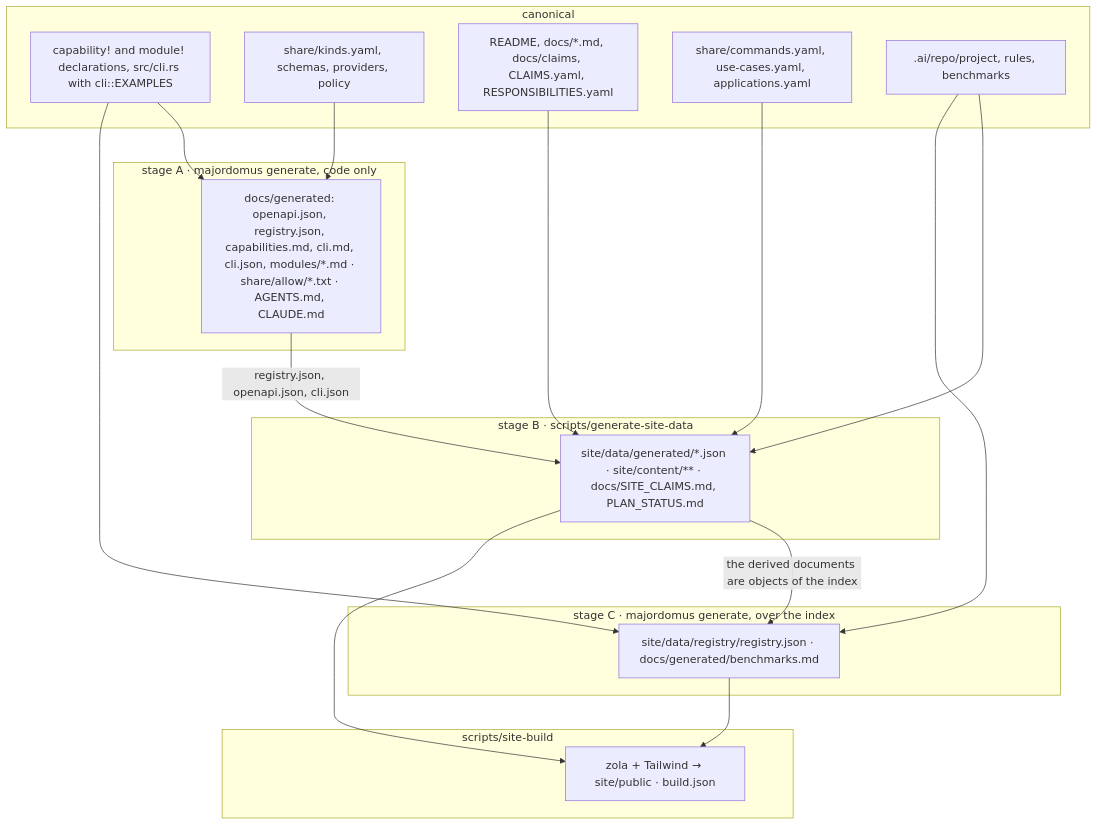
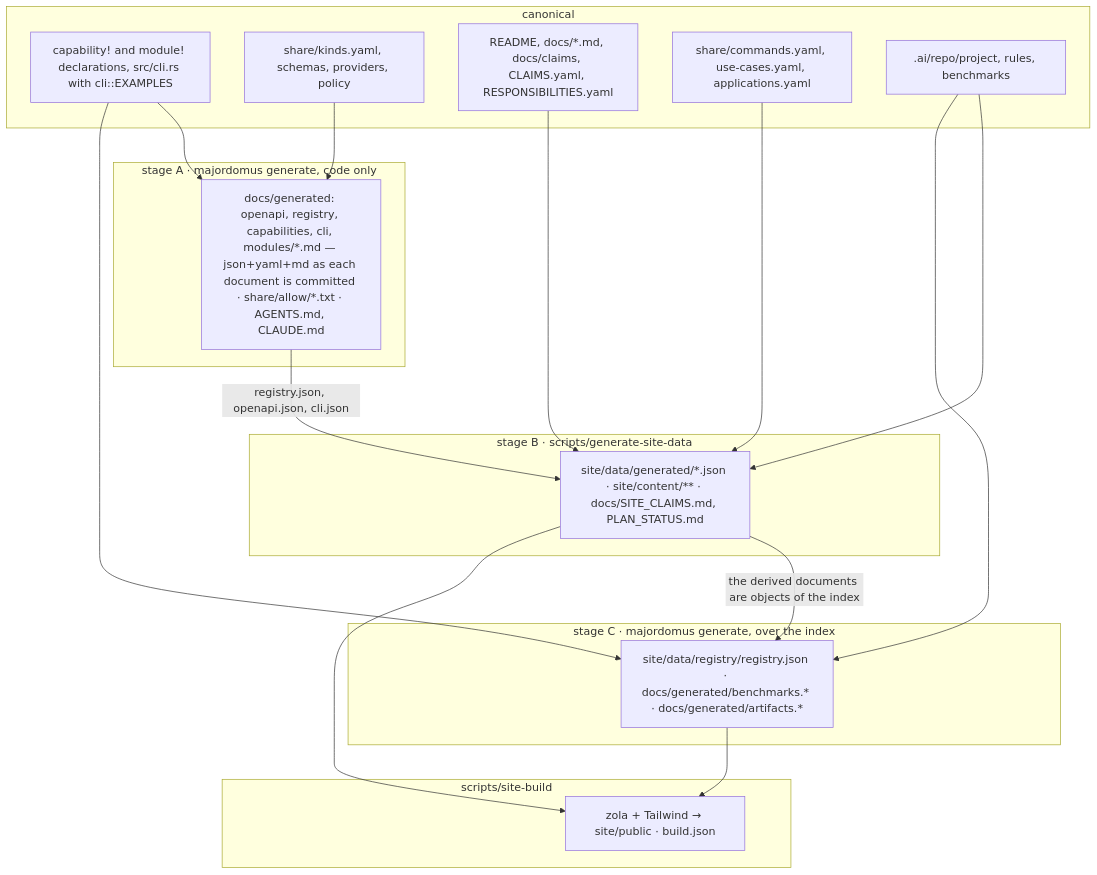
The diagram in docs/GITHUB_PAGES_ARCHITECTURE.md (korczis/prismatic-majordomus), drawn with Mermaid before and after one commit. The commit also changed other lines of this file and 97 other files, not shown here.

````diff
--- a/docs/GITHUB_PAGES_ARCHITECTURE.md
+++ b/docs/GITHUB_PAGES_ARCHITECTURE.md
@@ -51,33 +51,33 @@
 ```mermaid
 flowchart TB
     subgraph canonical
         R[capability! and module! declarations, src/cli.rs with cli::EXAMPLES]
         K[share/kinds.yaml, schemas, providers, policy]
         D[README, docs/*.md, docs/claims, CLAIMS.yaml, RESPONSIBILITIES.yaml]
         C[share/commands.yaml, use-cases.yaml, applications.yaml]
         P[.ai/repo/project, rules, benchmarks]
     end
     subgraph stageA[stage A · majordomus generate, code only]
-        GA[docs/generated: openapi.json, registry.json, capabilities.md, cli.md, cli.json, modules/*.md · share/allow/*.txt · AGENTS.md, CLAUDE.md]
+        GA[docs/generated: openapi, registry, capabilities, cli, modules/*.md — json+yaml+md as each document is committed · share/allow/*.txt · AGENTS.md, CLAUDE.md]
     end
     subgraph stageB[stage B · scripts/generate-site-data]
         GB[site/data/generated/*.json · site/content/** · docs/SITE_CLAIMS.md, PLAN_STATUS.md]
     end
     subgraph stageC[stage C · majordomus generate, over the index]
-        GC[site/data/registry/registry.json · docs/generated/benchmarks.md]
+        GC[site/data/registry/registry.json · docs/generated/benchmarks.* · docs/generated/artifacts.*]
     end
     subgraph build[scripts/site-build]
         Z[zola + Tailwind → site/public · build.json]
     end
     R --> GA
     K --> GA
     D --> GB
     C --> GB
     P --> GB
     GA -->|registry.json, openapi.json, cli.json| GB
     R --> GC
     P --> GC
     GB -->|the derived documents are objects of the index| GC
     GB --> Z
     GC --> Z
 ```
````
